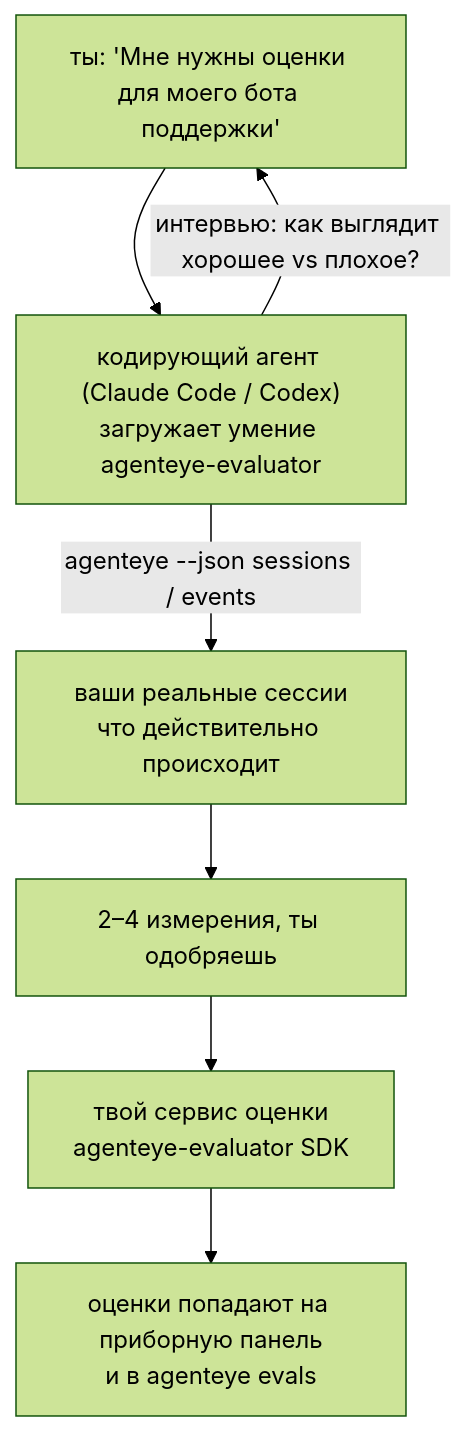
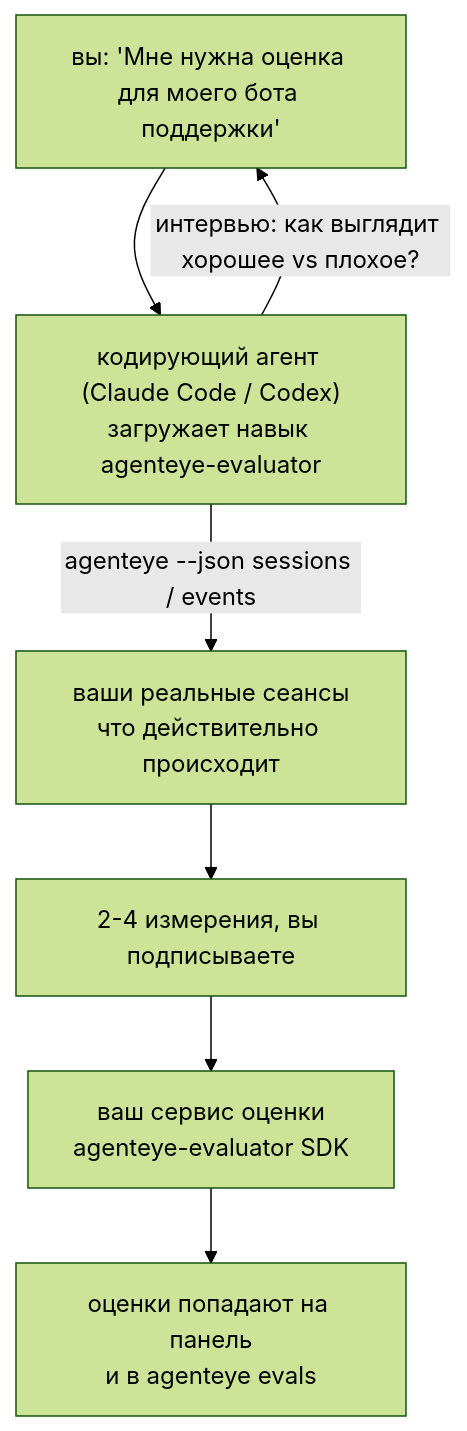
Before and after one commit to FailproofAI/failproofai: the diagram in docs/ru/agenteye/evaluator-skill.mdx, drawn with Mermaid (forest theme). The commit also changed other lines of this file and 649 other files, not shown here.

````diff
--- a/docs/ru/agenteye/evaluator-skill.mdx
+++ b/docs/ru/agenteye/evaluator-skill.mdx
@@ -21,9 +22,9 @@
 ```mermaid
 flowchart TD
-    YOU["ты: 'Мне нужны оценки для моего бота поддержки'"] --> AGENT["кодирующий агент (Claude Code / Codex)<br/>загружает умение agenteye-evaluator"]
+    YOU["вы: 'Мне нужна оценка для моего бота поддержки'"] --> AGENT["кодирующий агент (Claude Code / Codex)<br/>загружает навык agenteye-evaluator"]
     AGENT -->|"интервью: как выглядит хорошее vs плохое?"| YOU
-    AGENT -->|"agenteye --json sessions / events"| DATA["ваши реальные сессии<br/>что действительно происходит"]
-    DATA --> DIMS["2–4 измерения, ты одобряешь"]
-    DIMS --> SVC["твой сервис оценки<br/>agenteye-evaluator SDK"]
-    SVC --> SCORES["оценки попадают на приборную панель<br/>и в agenteye evals"]
+    AGENT -->|"agenteye --json sessions / events"| DATA["ваши реальные сеансы<br/>что действительно происходит"]
+    DATA --> DIMS["2-4 измерения, вы подписываете"]
+    DIMS --> SVC["ваш сервис оценки<br/>agenteye-evaluator SDK"]
+    SVC --> SCORES["оценки попадают на панель<br/>и в agenteye evals"]
 ```
````
